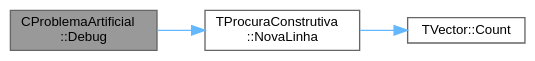
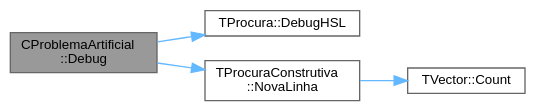
One commit to jcoelho72/TProcura changed the diagram in classCProblemaArtificial_aed61188cb7e4ad383c94ff239f116327_cgraph.dot. Above: the diagram before and after it, drawn with Graphviz. The commit also changed 331 other files, not shown here.

```diff
--- a/classCProblemaArtificial_aed61188cb7e4ad383c94ff239f116327_cgraph.dot
+++ b/classCProblemaArtificial_aed61188cb7e4ad383c94ff239f116327_cgraph.dot
@@ -1,13 +1,15 @@
 digraph "CProblemaArtificial::Debug"
 {
  // LATEX_PDF_SIZE
   bgcolor="transparent";
   edge [fontname=Helvetica,fontsize=10,labelfontname=Helvetica,labelfontsize=10];
   node [fontname=Helvetica,fontsize=10,shape=box,height=0.2,width=0.4];
   rankdir="LR";
   Node1 [id="Node000001",label="CProblemaArtificial\l::Debug",height=0.2,width=0.4,color="gray40", fillcolor="grey60", style="filled", fontcolor="black",tooltip="Mostra o estado no ecrã, para debug."];
   Node1 -> Node2 [id="edge1_Node000001_Node000002",color="steelblue1",style="solid",tooltip=" "];
-  Node2 [id="Node000002",label="TProcuraConstrutiva\l::NovaLinha",height=0.2,width=0.4,color="grey40", fillcolor="white", style="filled",URL="$classTProcuraConstrutiva.html#a7426b2abb333f77ef5d00ae46d5f2d32",tooltip=" "];
-  Node2 -> Node3 [id="edge2_Node000002_Node000003",color="steelblue1",style="solid",tooltip=" "];
-  Node3 [id="Node000003",label="TVector::Count",height=0.2,width=0.4,color="grey40", fillcolor="white", style="filled",URL="$classTVector.html#ac3c744d84543ca6e32859eb7dfccfeef",tooltip=" "];
+  Node2 [id="Node000002",label="TProcura::DebugHSL",height=0.2,width=0.4,color="grey40", fillcolor="white", style="filled",URL="$classTProcura.html#abdba8f413a66966127c3ca50086fb987",tooltip="Muda a cor (fundo/letra) com HSL."];
+  Node1 -> Node3 [id="edge2_Node000001_Node000003",color="steelblue1",style="solid",tooltip=" "];
+  Node3 [id="Node000003",label="TProcuraConstrutiva\l::NovaLinha",height=0.2,width=0.4,color="grey40", fillcolor="white", style="filled",URL="$classTProcuraConstrutiva.html#a7426b2abb333f77ef5d00ae46d5f2d32",tooltip=" "];
+  Node3 -> Node4 [id="edge3_Node000003_Node000004",color="steelblue1",style="solid",tooltip=" "];
+  Node4 [id="Node000004",label="TVector::Count",height=0.2,width=0.4,color="grey40", fillcolor="white", style="filled",URL="$classTVector.html#ac3c744d84543ca6e32859eb7dfccfeef",tooltip=" "];
 }
```
